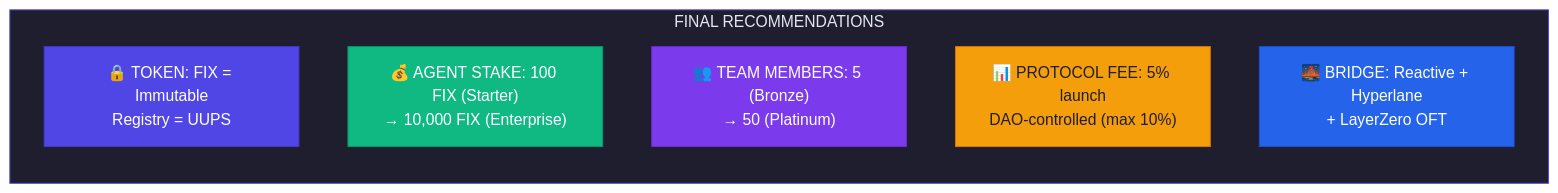
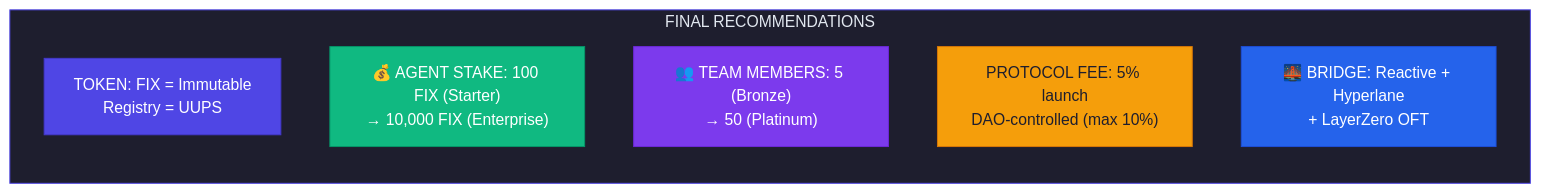
Before and after one commit to guglxni/the-fixer-hook: diagram 11 of 11 in docs/MARKET_SENTIMENT_ANALYSIS.md, drawn with Mermaid. The commit also changed other lines of this file and 15 other files, not shown here.

````diff
--- a/docs/MARKET_SENTIMENT_ANALYSIS.md
+++ b/docs/MARKET_SENTIMENT_ANALYSIS.md
@@ -532,18 +532,18 @@
 ```mermaid
 flowchart LR
     subgraph summary["FINAL RECOMMENDATIONS"]
         direction TB
-        D1["🔒 TOKEN: FIX = Immutable\nRegistry = UUPS"]
+        D1["TOKEN: FIX = Immutable\nRegistry = UUPS"]
         D2["💰 AGENT STAKE: 100 FIX (Starter)\n→ 10,000 FIX (Enterprise)"]
         D3["👥 TEAM MEMBERS: 5 (Bronze)\n→ 50 (Platinum)"]
-        D4["📊 PROTOCOL FEE: 5% launch\nDAO-controlled (max 10%)"]
+        D4["PROTOCOL FEE: 5% launch\nDAO-controlled (max 10%)"]
         D5["🌉 BRIDGE: Reactive + Hyperlane\n+ LayerZero OFT"]
     end
 
     style summary fill:#1E1E2E,color:#E2E8F0,stroke:#4F46E5
     style D1 fill:#4F46E5,color:#FFFFFF,stroke:#4338CA
     style D2 fill:#10B981,color:#FFFFFF,stroke:#059669
     style D3 fill:#7C3AED,color:#FFFFFF,stroke:#6D28D9
     style D4 fill:#F59E0B,color:#1E1E2E,stroke:#D97706
     style D5 fill:#2563EB,color:#FFFFFF,stroke:#1D4ED8
 ```
````
